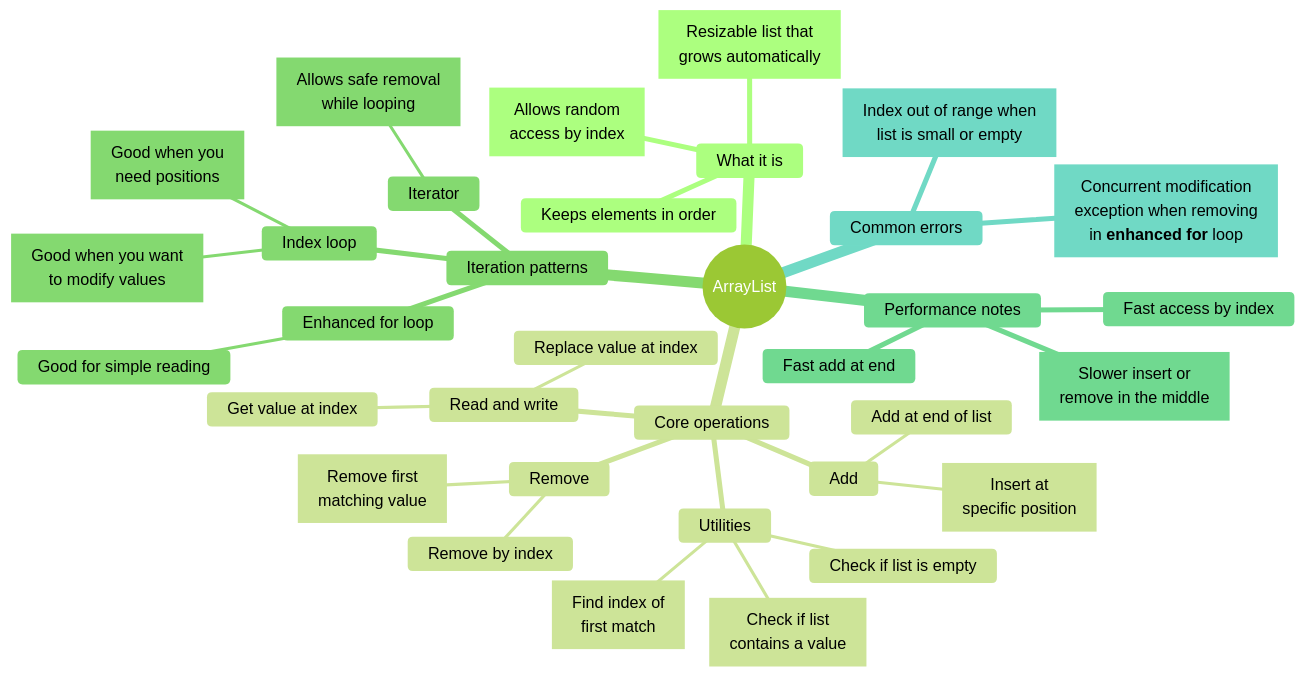
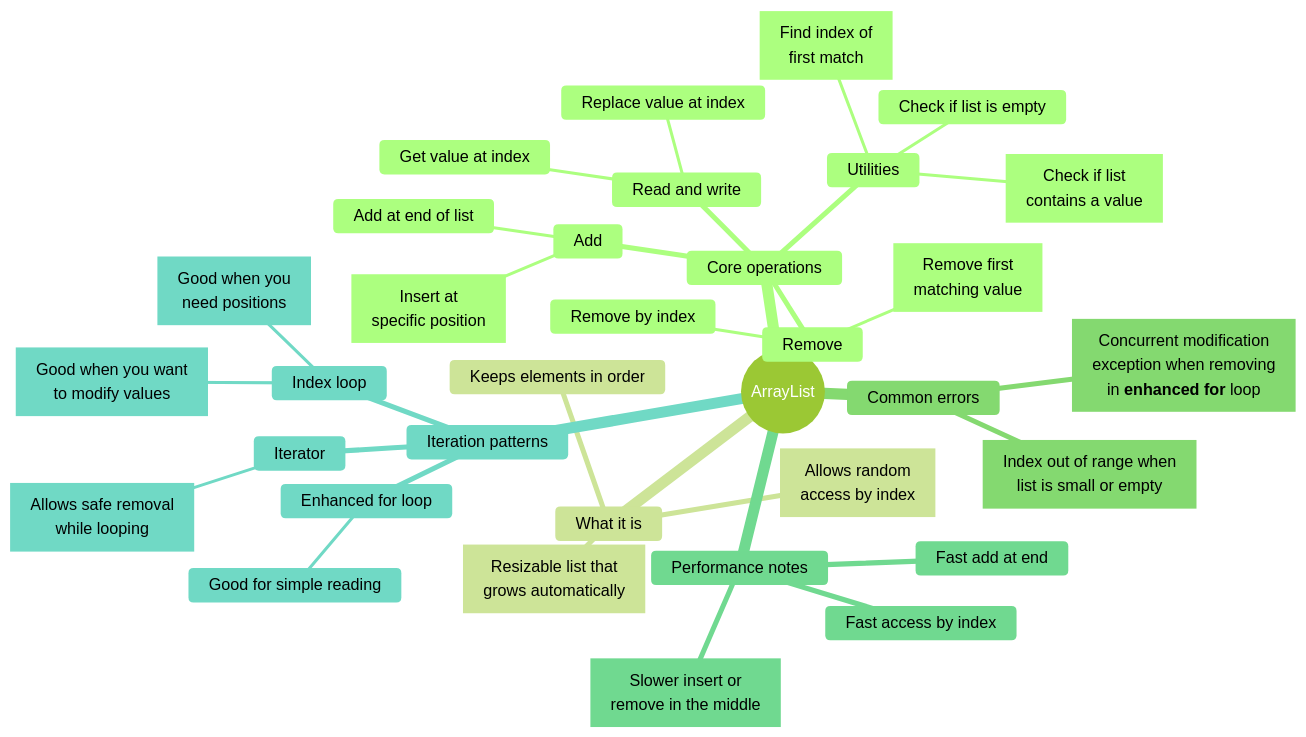
One commit to nmcguinness/L8-OOP-Module-Content changed the sixth of 10 diagrams in notes/shared/mind maps/revision_t00_t09.md. Above: the diagram before and after it, drawn with Mermaid. The commit also changed other lines of this file and 4 other files, not shown here.

Commit message:
fixed mindmap label truncation and added admonitions test

````diff
--- a/notes/shared/mind maps/revision_t00_t09.md
+++ b/notes/shared/mind maps/revision_t00_t09.md
@@ -680,59 +680,59 @@
 ```mermaid
 ---
 title: "ArrayList"
 accDescr: "Mind map of ArrayList. Branches: What it is; Core operations; Iteration patterns; Performance notes; Common errors."
 ---
 %%{init: { "theme": "forest", "markdownAutoWrap": false, "mindmap": { "maxNodeWidth": 300 } }}%%
 mindmap
   root((ArrayList))
-    What it is
-      n1["`Resizable list that
-      grows automatically`"]
-      Keeps elements in order
-      n2["`Allows random
-      access by index`"]
-
     Core operations
       Add
         Add at end of list
         n3["`Insert at
         specific position`"]
       Remove
         Remove by index
         n4["`Remove first
         matching value`"]
       Read and write
         Get value at index
         Replace value at index
       Utilities
         n5["`Check if list
         contains a value`"]
         Check if list is empty
         n6["`Find index of
         first match`"]
 
+    What it is
+      n1["`Resizable list that
+      grows automatically`"]
+      Keeps elements in order
+      n2["`Allows random
+      access by index`"]
+
+    Common errors
+      n11["`Concurrent modification
+      exception when removing
+      in **enhanced for** loop`"]
+      n12["`Index out of range when
+      list is small or empty`"]
+
+    Performance notes
+      Fast access by index
+      Fast add at end
+      n10["`Slower insert or
+      remove in the middle`"]
+
     Iteration patterns
       Index loop
         n7["`Good when you
         need positions`"]
         n8["`Good when you want
         to modify values`"]
       Enhanced for loop
         Good for simple reading
       Iterator
         n9["`Allows safe removal
         while looping`"]
-
-    Performance notes
-      Fast access by index
-      Fast add at end
-      n10["`Slower insert or
-      remove in the middle`"]
-
-    Common errors
-      n11["`Concurrent modification
-      exception when removing
-      in **enhanced for** loop`"]
-      n12["`Index out of range when
-      list is small or empty`"]
 ```
````
